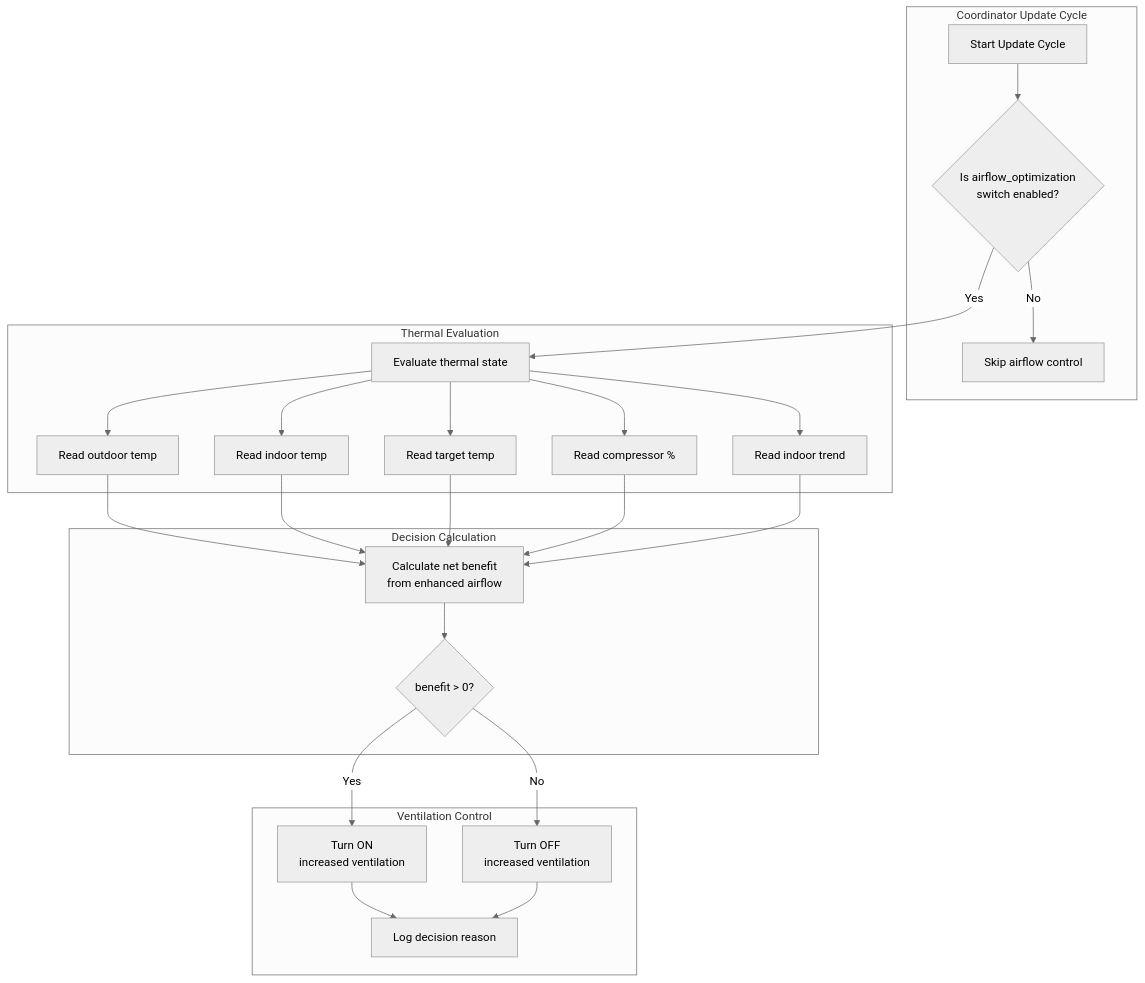
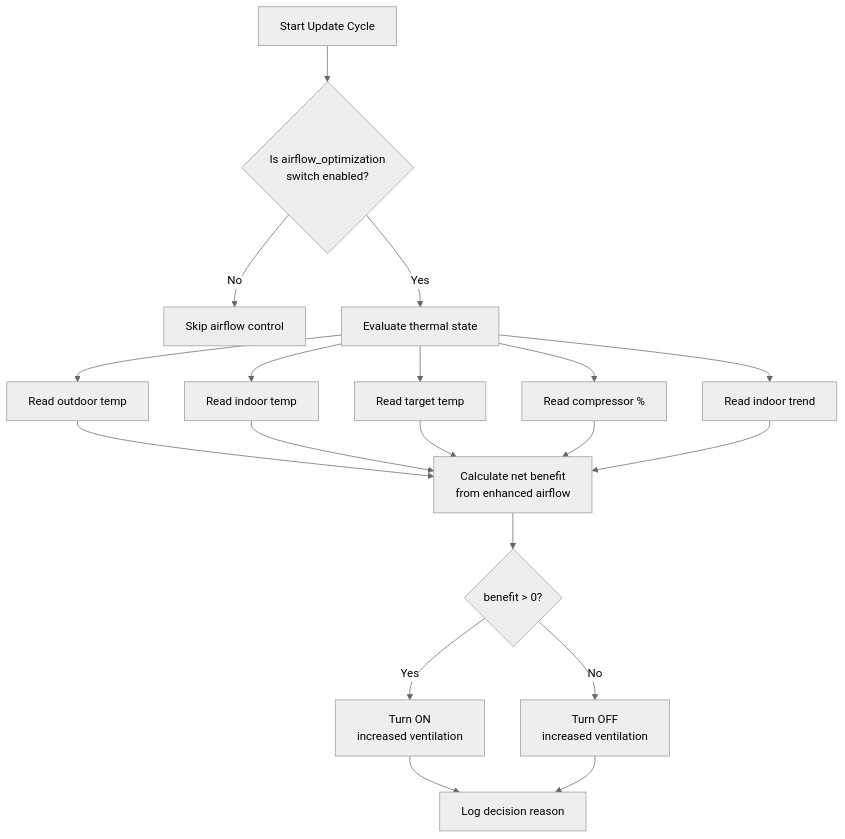
One commit to enoch85/EffektGuard changed the diagram in docs/architecture/11_airflow_optimization.md. Above: the diagram before and after it, drawn with Mermaid (neutral theme).

Commit message:
docs: Fix mermaid flowchart layout - remove subgraphs for cleaner flow

````diff
--- a/docs/architecture/11_airflow_optimization.md
+++ b/docs/architecture/11_airflow_optimization.md
@@ -126,43 +126,21 @@
 ```mermaid
 flowchart TD
-    subgraph "Coordinator Update Cycle"
-        A[Start Update Cycle]
-        B{Is airflow_optimization<br/>switch enabled?}
-        C[Skip airflow control]
-    end
-
-    subgraph "Thermal Evaluation"
-        D[Evaluate thermal state]
-        E[Read outdoor temp]
-        F[Read indoor temp]
-        G[Read target temp]
-        H[Read compressor %]
-        I[Read indoor trend]
-    end
-
-    subgraph "Decision Calculation"
-        J[Calculate net benefit<br/>from enhanced airflow]
-        K{benefit > 0?}
-    end
-
-    subgraph "Ventilation Control"
-        L[Turn ON<br/>increased ventilation]
-        M[Turn OFF<br/>increased ventilation]
-        N[Log decision reason]
-    end
-
-    A --> B
-    B -->|No| C
-    B -->|Yes| D
-    D --> E
-    D --> F
-    D --> G
-    D --> H
-    D --> I
-    E & F & G & H & I --> J
-    J --> K
-    K -->|Yes| L
-    K -->|No| M
-    L --> N
+    A[Start Update Cycle] --> B{Is airflow_optimization<br/>switch enabled?}
+    B -->|No| C[Skip airflow control]
+    B -->|Yes| D[Evaluate thermal state]
+    
+    D --> E[Read outdoor temp]
+    D --> F[Read indoor temp]
+    D --> G[Read target temp]
+    D --> H[Read compressor %]
+    D --> I[Read indoor trend]
+    
+    E & F & G & H & I --> J[Calculate net benefit<br/>from enhanced airflow]
+    
+    J --> K{benefit > 0?}
+    K -->|Yes| L[Turn ON<br/>increased ventilation]
+    K -->|No| M[Turn OFF<br/>increased ventilation]
+    
+    L --> N[Log decision reason]
     M --> N
 ```
````
